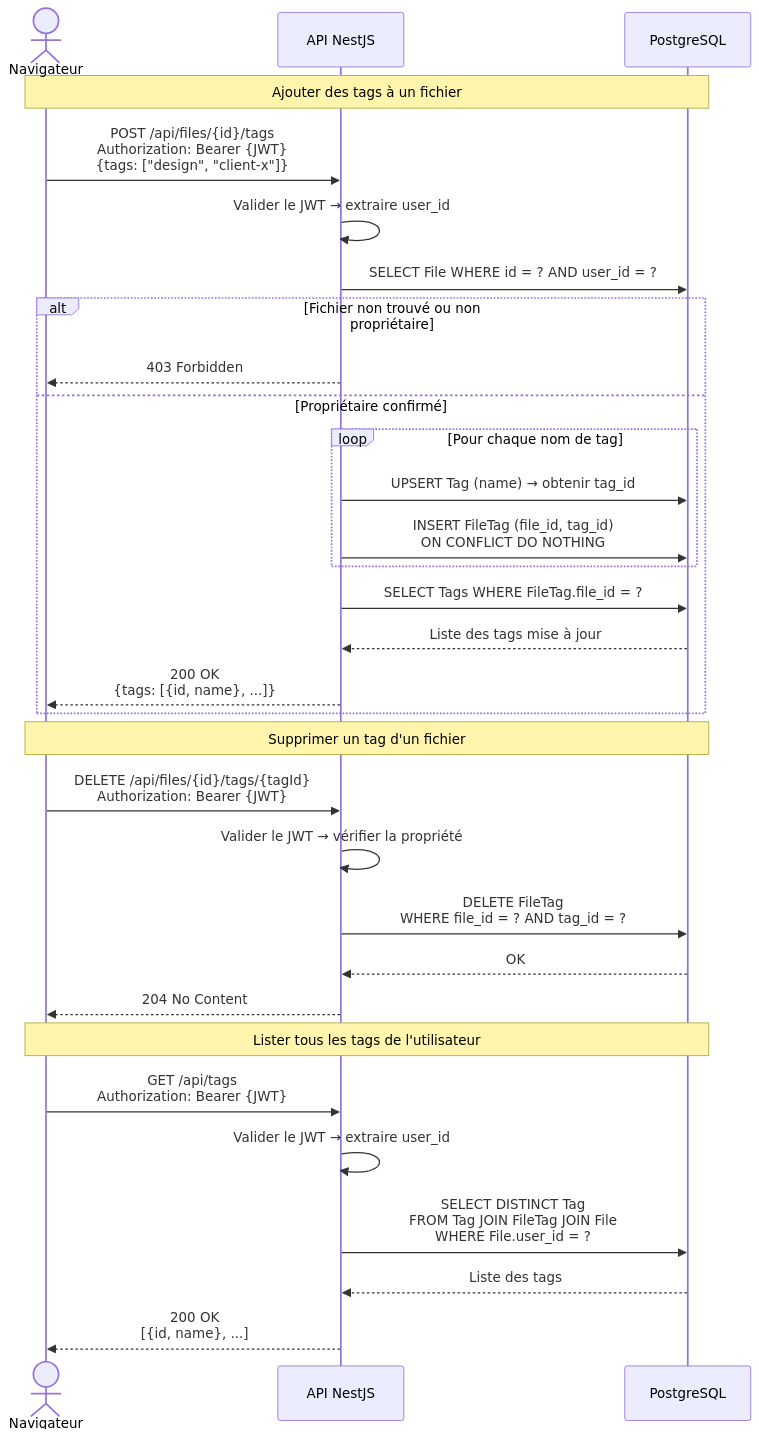
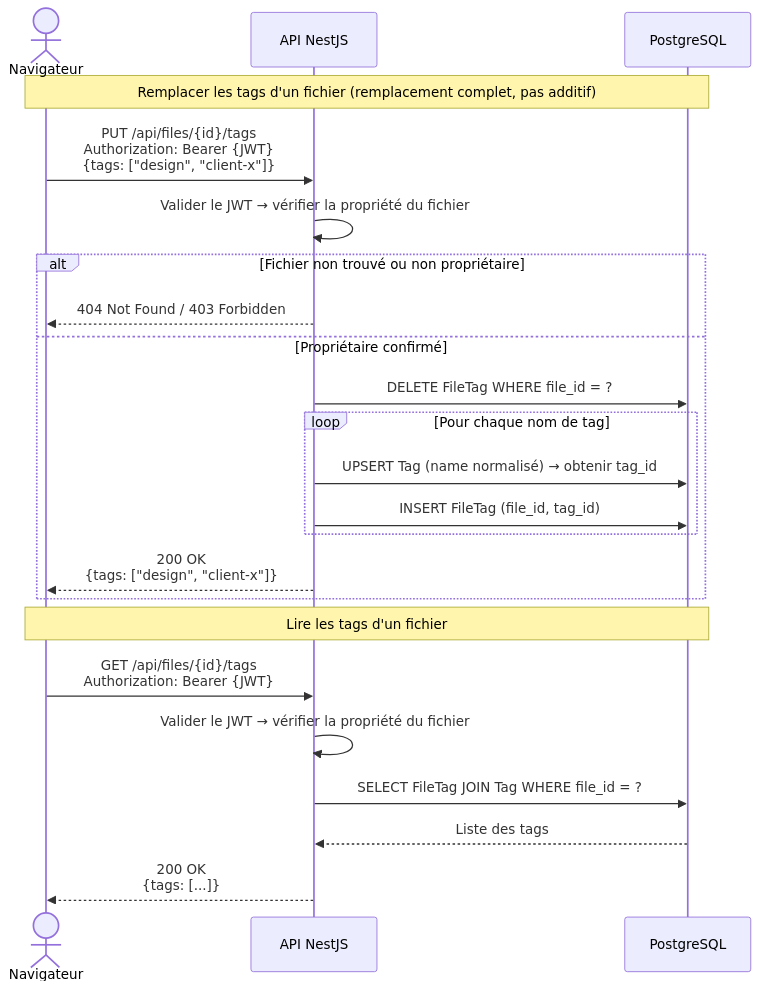
Before and after one commit to OC-Expert-DevOps/P3-OC-software-development-management: the seventh of 9 diagrams in docs/architecture/03-sequence-diagrams.md, drawn with Mermaid. The commit also changed other lines of this file and 5 other files, not shown here.

First line of the commit message:
fix(docs): align OpenAPI contract and architecture docs with real API (#55) (#56)

````diff
--- a/docs/architecture/03-sequence-diagrams.md
+++ b/docs/architecture/03-sequence-diagrams.md
@@ -219,36 +233,27 @@
 ```mermaid
 sequenceDiagram
     actor User as Navigateur
     participant API as API NestJS
     participant DB as PostgreSQL
 
-    Note over User, DB: Ajouter des tags à un fichier
-    User->>API: POST /api/files/{id}/tags<br/>Authorization: Bearer {JWT}<br/>{tags: ["design", "client-x"]}
-    API->>API: Valider le JWT → extraire user_id
-    API->>DB: SELECT File WHERE id = ? AND user_id = ?
+    Note over User, DB: Remplacer les tags d'un fichier (remplacement complet, pas additif)
+    User->>API: PUT /api/files/{id}/tags<br/>Authorization: Bearer {JWT}<br/>{tags: ["design", "client-x"]}
+    API->>API: Valider le JWT → vérifier la propriété du fichier
     alt Fichier non trouvé ou non propriétaire
-        API-->>User: 403 Forbidden
+        API-->>User: 404 Not Found / 403 Forbidden
     else Propriétaire confirmé
+        API->>DB: DELETE FileTag WHERE file_id = ?
         loop Pour chaque nom de tag
-            API->>DB: UPSERT Tag (name) → obtenir tag_id
-            API->>DB: INSERT FileTag (file_id, tag_id)<br/>ON CONFLICT DO NOTHING
+            API->>DB: UPSERT Tag (name normalisé) → obtenir tag_id
+            API->>DB: INSERT FileTag (file_id, tag_id)
         end
-        API->>DB: SELECT Tags WHERE FileTag.file_id = ?
-        DB-->>API: Liste des tags mise à jour
-        API-->>User: 200 OK<br/>{tags: [{id, name}, ...]}
+        API-->>User: 200 OK<br/>{tags: ["design", "client-x"]}
     end
 
-    Note over User, DB: Supprimer un tag d'un fichier
-    User->>API: DELETE /api/files/{id}/tags/{tagId}<br/>Authorization: Bearer {JWT}
-    API->>API: Valider le JWT → vérifier la propriété
-    API->>DB: DELETE FileTag<br/>WHERE file_id = ? AND tag_id = ?
-    DB-->>API: OK
-    API-->>User: 204 No Content
-
-    Note over User, DB: Lister tous les tags de l'utilisateur
-    User->>API: GET /api/tags<br/>Authorization: Bearer {JWT}
-    API->>API: Valider le JWT → extraire user_id
-    API->>DB: SELECT DISTINCT Tag<br/>FROM Tag JOIN FileTag JOIN File<br/>WHERE File.user_id = ?
+    Note over User, DB: Lire les tags d'un fichier
+    User->>API: GET /api/files/{id}/tags<br/>Authorization: Bearer {JWT}
+    API->>API: Valider le JWT → vérifier la propriété du fichier
+    API->>DB: SELECT FileTag JOIN Tag WHERE file_id = ?
     DB-->>API: Liste des tags
-    API-->>User: 200 OK<br/>[{id, name}, ...]
+    API-->>User: 200 OK<br/>{tags: [...]}
 ```
````
